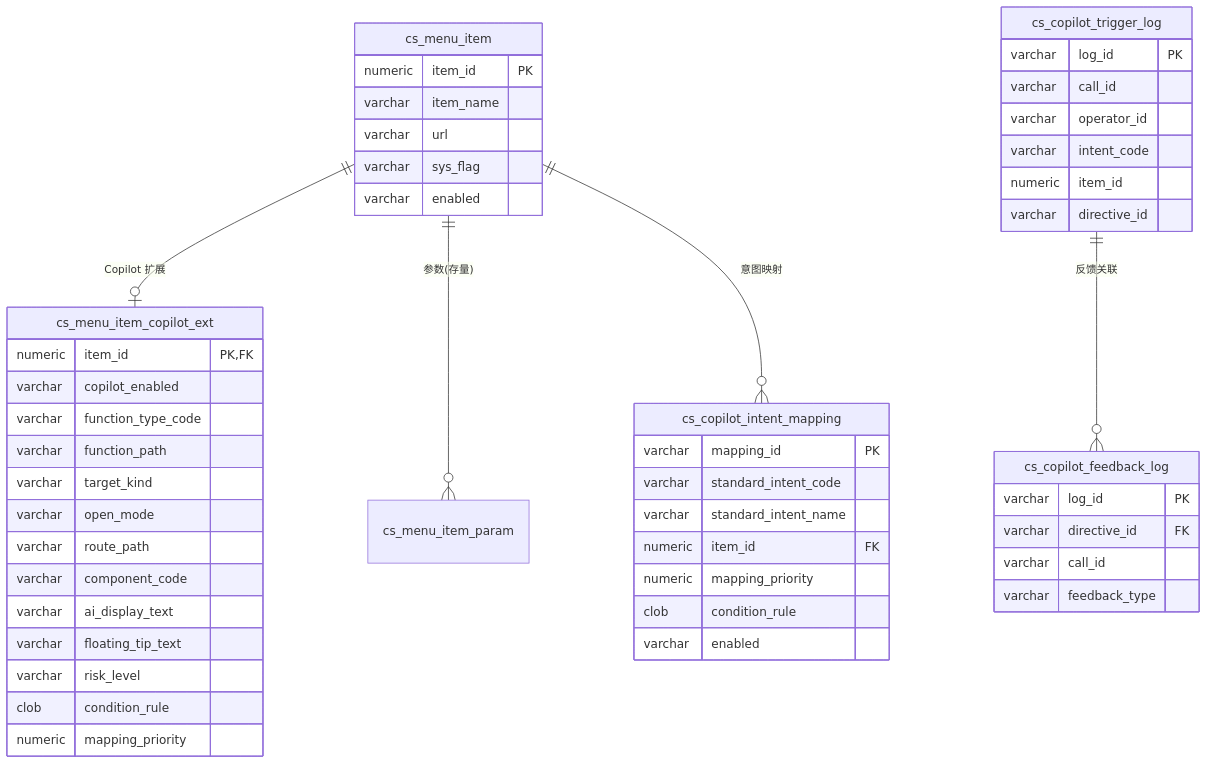
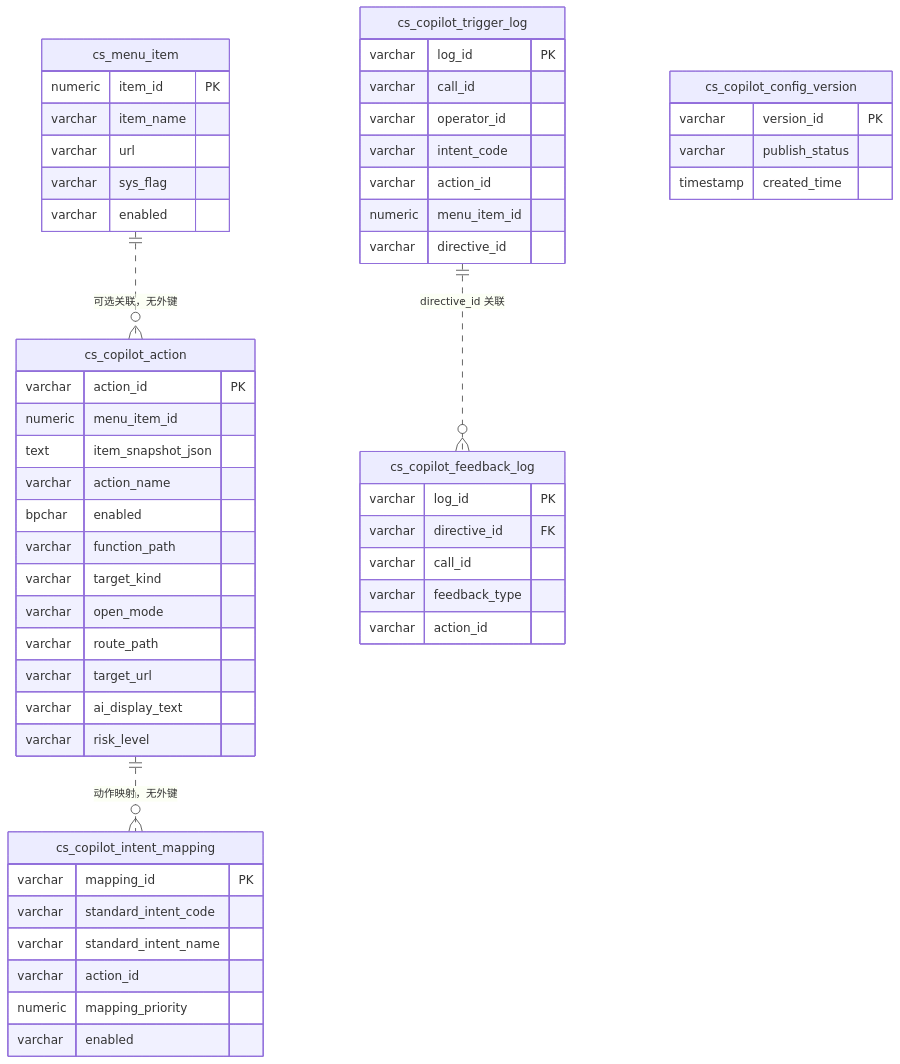
Before and after one commit to qzz617/copilot: diagram 18 of 24 in cs-copilot-service/docs/dd-v1.2.md, drawn with Mermaid. The commit also changed other lines of this file and 24 other files, not shown here.

Commit message:
Align copilot action config schema

````diff
--- a/cs-copilot-service/docs/dd-v1.2.md
+++ b/cs-copilot-service/docs/dd-v1.2.md
@@ -2566,57 +2509,62 @@
 ```mermaid
 erDiagram
-    cs_menu_item ||--o| cs_menu_item_copilot_ext : "Copilot 扩展"
-    cs_menu_item ||--o{ cs_menu_item_param : "参数(存量)"
-    cs_menu_item ||--o{ cs_copilot_intent_mapping : "意图映射"
-    cs_copilot_trigger_log ||--o{ cs_copilot_feedback_log : "反馈关联"
+    cs_menu_item ||..o{ cs_copilot_action : "可选关联，无外键"
+    cs_copilot_action ||..o{ cs_copilot_intent_mapping : "动作映射，无外键"
+    cs_copilot_trigger_log ||..o{ cs_copilot_feedback_log : "directive_id 关联"
 
     cs_menu_item {
         numeric item_id PK
         varchar item_name
         varchar url
         varchar sys_flag
         varchar enabled
     }
 
-    cs_menu_item_copilot_ext {
-        numeric item_id PK,FK
-        varchar copilot_enabled
-        varchar function_type_code
+    cs_copilot_action {
+        varchar action_id PK
+        numeric menu_item_id
+        text item_snapshot_json
+        varchar action_name
+        bpchar enabled
         varchar function_path
         varchar target_kind
         varchar open_mode
         varchar route_path
-        varchar component_code
+        varchar target_url
         varchar ai_display_text
-        varchar floating_tip_text
         varchar risk_level
-        clob condition_rule
-        numeric mapping_priority
     }
 
     cs_copilot_intent_mapping {
         varchar mapping_id PK
         varchar standard_intent_code
         varchar standard_intent_name
-        numeric item_id FK
+        varchar action_id
         numeric mapping_priority
-        clob condition_rule
         varchar enabled
+    }
+
+    cs_copilot_config_version {
+        varchar version_id PK
+        varchar publish_status
+        timestamp created_time
     }
 
     cs_copilot_trigger_log {
         varchar log_id PK
         varchar call_id
         varchar operator_id
         varchar intent_code
-        numeric item_id
+        varchar action_id
+        numeric menu_item_id
         varchar directive_id
     }
 
     cs_copilot_feedback_log {
         varchar log_id PK
         varchar directive_id FK
         varchar call_id
         varchar feedback_type
+        varchar action_id
     }
 ```
````
